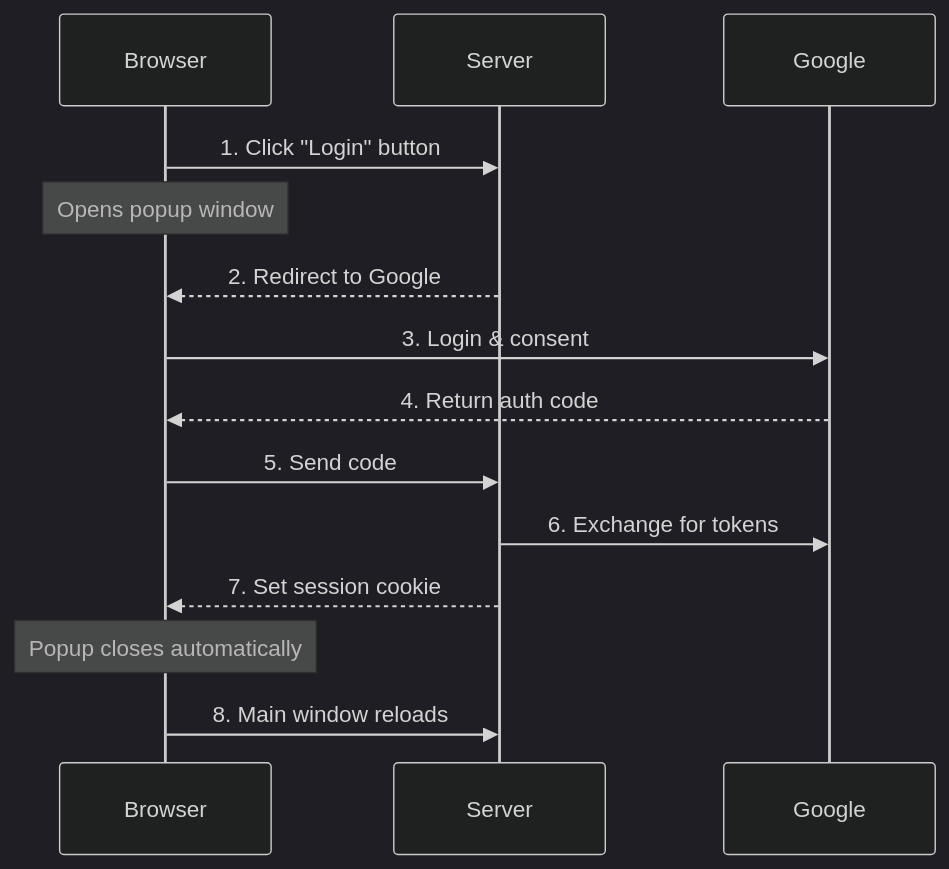
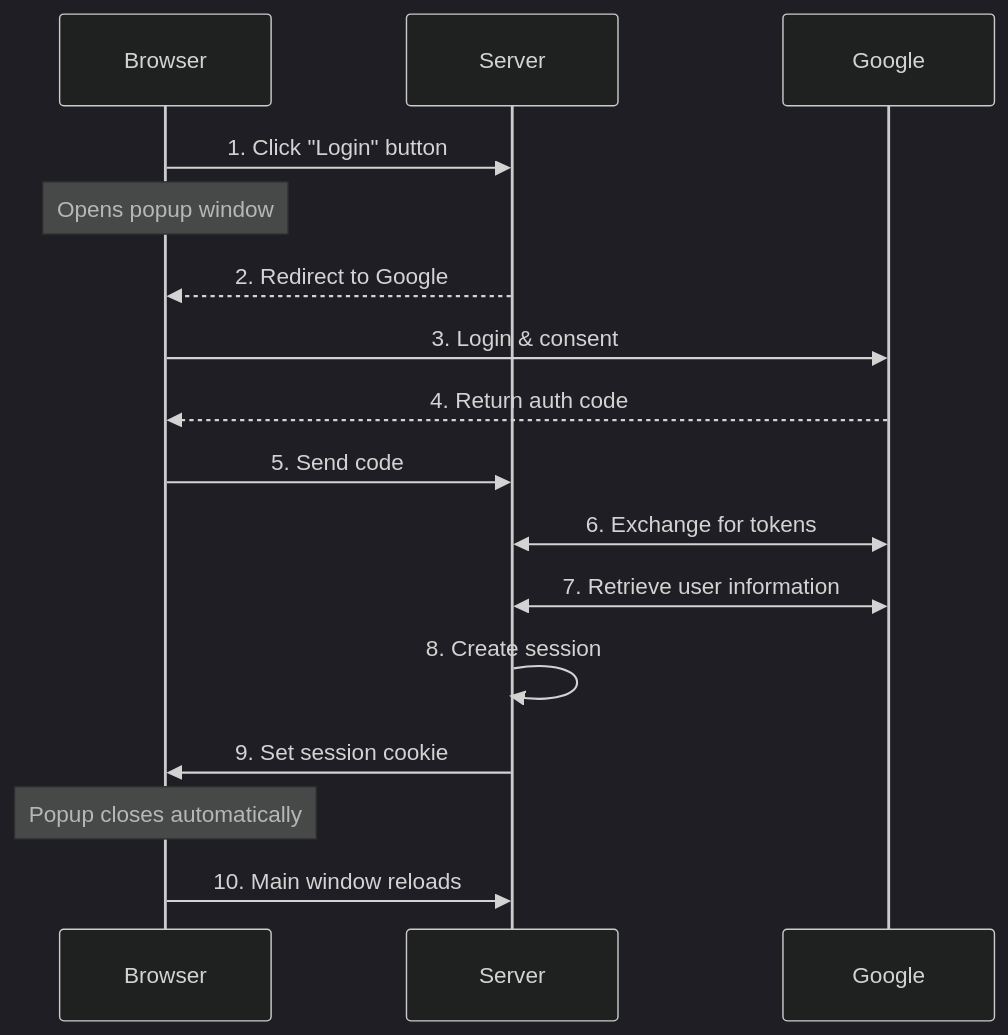
Before and after one commit to ktaka-ccmp/ktaka.blog.ccmp.jp: the first of 3 diagrams in 2024/Axum-Google-OAuth2-Login/Readme.en.md, drawn with Mermaid (dark theme). The commit also changed other lines of this file, not shown here.

````diff
--- a/2024/Axum-Google-OAuth2-Login/Readme.en.md
+++ b/2024/Axum-Google-OAuth2-Login/Readme.en.md
@@ -44,17 +47,19 @@
 ```mermaid
 sequenceDiagram
     participant Browser
     participant Server
     participant Google
 
     Browser->>Server: 1. Click "Login" button
     Note over Browser: Opens popup window
     Server-->>Browser: 2. Redirect to Google
     Browser->>Google: 3. Login & consent
     Google-->>Browser: 4. Return auth code
     Browser->>Server: 5. Send code
-    Server->>Google: 6. Exchange for tokens
-    Server-->>Browser: 7. Set session cookie
+    Server<<->>Google: 6. Exchange for tokens
+    Server<<->>Google: 7. Retrieve user information
+    Server->>Server: 8. Create session
+    Server->>Browser: 9. Set session cookie
     Note over Browser: Popup closes automatically
-    Browser->>Server: 8. Main window reloads
+    Browser->>Server: 10. Main window reloads
 ```
````
